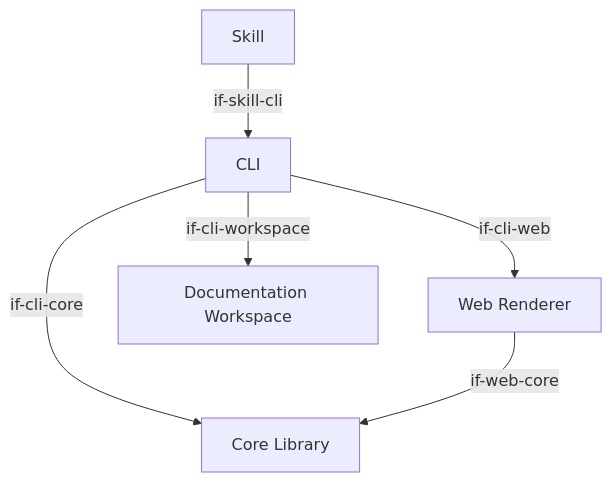
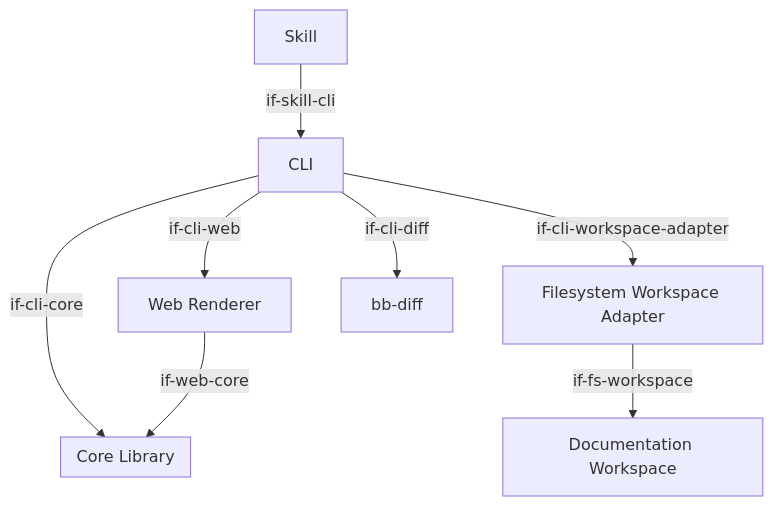
Before and after one commit to docToolchain/arc42-language: the first of 2 diagrams in docs/arc42/05-building-blocks.arc42.md, drawn with Mermaid. The commit also changed other lines of this file and 52 other files, not shown here.

````diff
--- a/docs/arc42/05-building-blocks.arc42.md
+++ b/docs/arc42/05-building-blocks.arc42.md
@@ -12,14 +12,18 @@
 ```mermaid
 graph TD
     bb-cli["CLI"]
-    bb-core["Core Library"]
+    subgraph bb-core["Core Library"]
+    end
+    bb-workspace-fs["Filesystem Workspace Adapter"]
     bb-skill["Skill"]
     bb-web-renderer["Web Renderer"]
     bb-workspace["Documentation Workspace"]
 
     bb-cli -->|"if-cli-core"| bb-core
-    bb-cli -->|"if-cli-workspace"| bb-workspace
+    bb-cli -->|"if-cli-diff"| bb-diff
+    bb-cli -->|"if-cli-workspace-adapter"| bb-workspace-fs
+    bb-workspace-fs -->|"if-fs-workspace"| bb-workspace
     bb-cli -->|"if-cli-web"| bb-web-renderer
     bb-web-renderer -->|"if-web-core"| bb-core
     bb-skill -->|"if-skill-cli"| bb-cli
 ```
````
